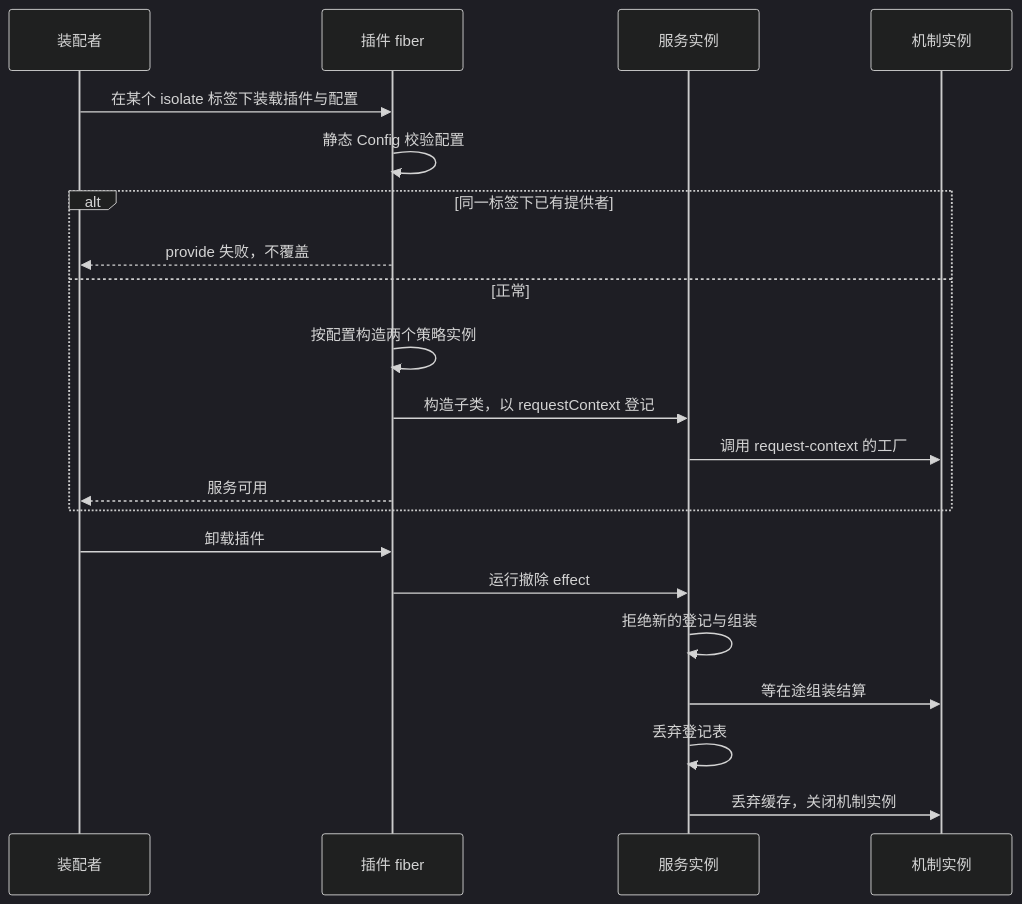
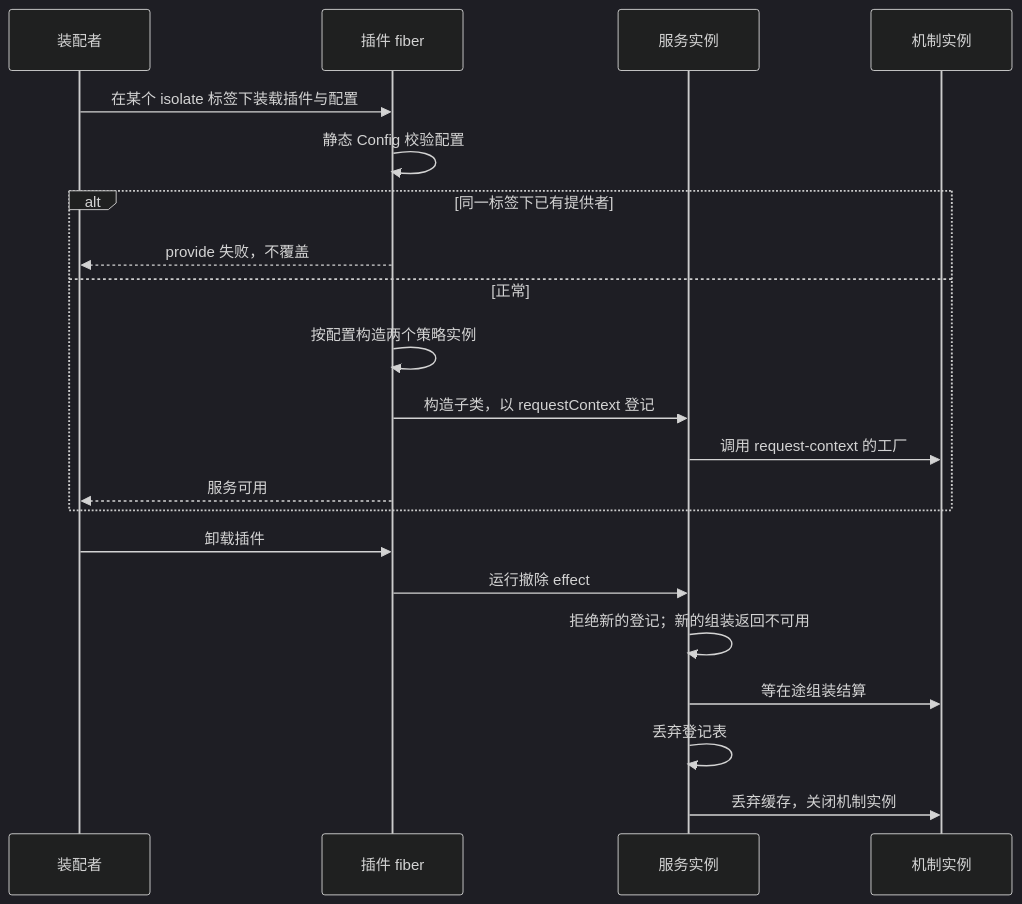
The first of 3 diagrams in packages/context/request-context-cordis/docs/flows.md (nemori-ai/omne-harness-lite), drawn with Mermaid (dark theme) before and after one commit. The commit also changed other lines of this file and 43 other files, not shown here.

````diff
--- a/packages/context/request-context-cordis/docs/flows.md
+++ b/packages/context/request-context-cordis/docs/flows.md
@@ -13,23 +13,23 @@
 ```mermaid
 sequenceDiagram
   participant A as 装配者
   participant F as 插件 fiber
   participant S as 服务实例
   participant M as 机制实例
   A->>F: 在某个 isolate 标签下装载插件与配置
   F->>F: 静态 Config 校验配置
   alt 同一标签下已有提供者
     F-->>A: provide 失败，不覆盖
   else 正常
     F->>F: 按配置构造两个策略实例
     F->>S: 构造子类，以 requestContext 登记
     S->>M: 调用 request-context 的工厂
     F-->>A: 服务可用
   end
   A->>F: 卸载插件
   F->>S: 运行撤除 effect
-  S->>S: 拒绝新的登记与组装
+  S->>S: 拒绝新的登记；新的组装返回不可用
   S->>M: 等在途组装结算
   S->>S: 丢弃登记表
   S->>M: 丢弃缓存，关闭机制实例
 ```
````
